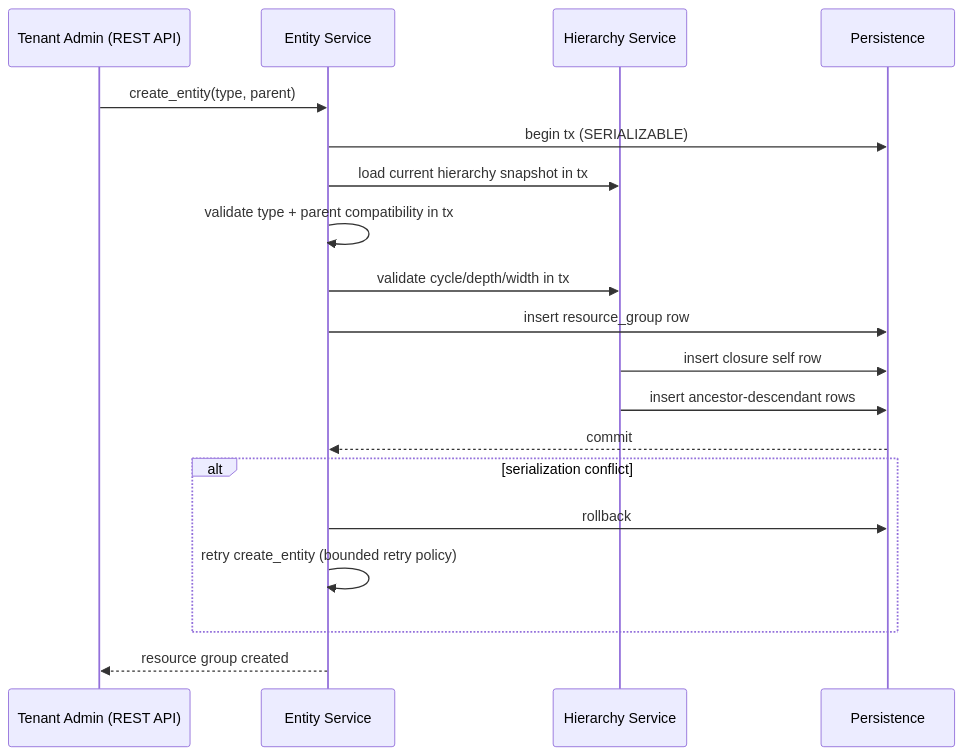
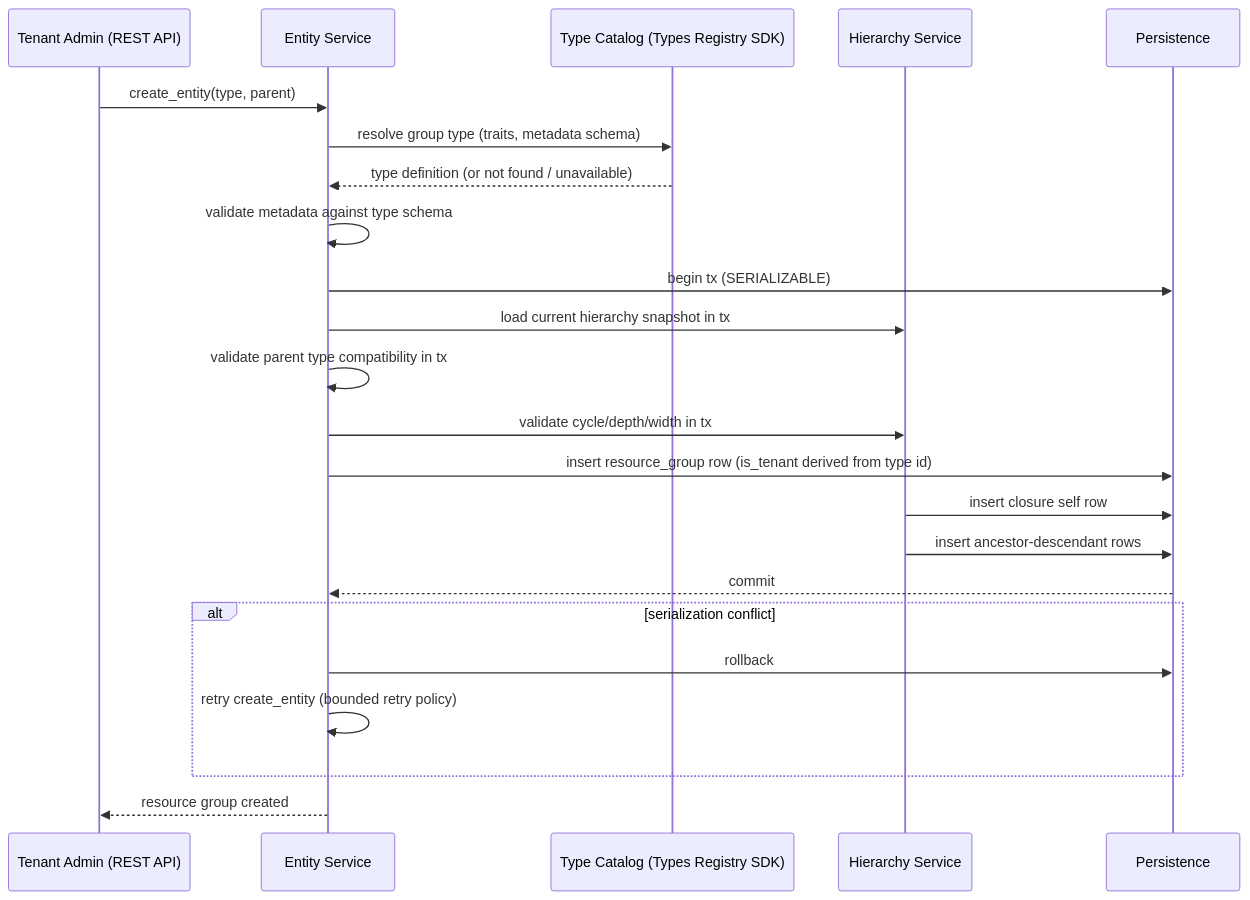
The second of 8 diagrams in gears/system/resource-group/docs/DESIGN.md (constructorfabric/gears-rust), drawn with Mermaid before and after one commit. The commit also changed other lines of this file and 21 other files, not shown here.

First line of the commit message:
docs(resource-group): resource-group types live in Types Registry

````diff
--- a/gears/system/resource-group/docs/DESIGN.md
+++ b/gears/system/resource-group/docs/DESIGN.md
@@ -676,22 +672,26 @@
 ```mermaid
 sequenceDiagram
     participant TA as Tenant Admin (REST API)
     participant ES as Entity Service
+    participant TC as Type Catalog (Types Registry SDK)
     participant HS as Hierarchy Service
     participant DB as Persistence
 
     TA->>ES: create_entity(type, parent)
+    ES->>TC: resolve group type (traits, metadata schema)
+    TC-->>ES: type definition (or not found / unavailable)
+    ES->>ES: validate metadata against type schema
     ES->>DB: begin tx (SERIALIZABLE)
     ES->>HS: load current hierarchy snapshot in tx
-    ES->>ES: validate type + parent compatibility in tx
+    ES->>ES: validate parent type compatibility in tx
     ES->>HS: validate cycle/depth/width in tx
-    ES->>DB: insert resource_group row
+    ES->>DB: insert resource_group row (is_tenant derived from type id)
     HS->>DB: insert closure self row
     HS->>DB: insert ancestor-descendant rows
     DB-->>ES: commit
     alt serialization conflict
         ES->>DB: rollback
         ES->>ES: retry create_entity (bounded retry policy)
     end
     ES-->>TA: resource group created
 ```
````
